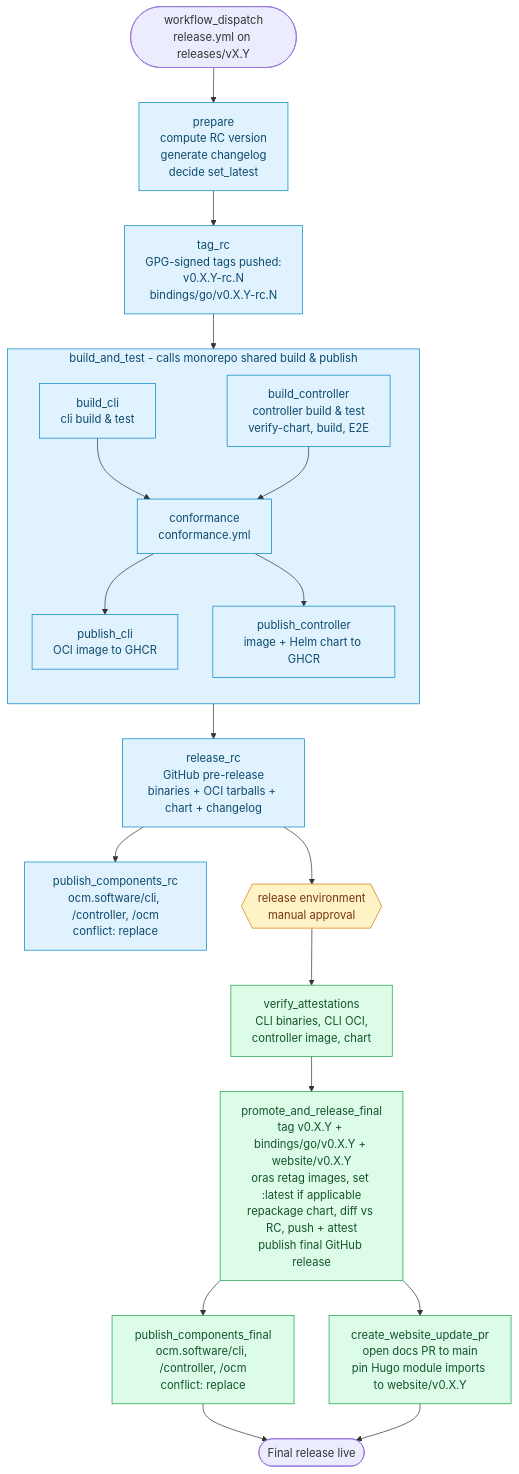
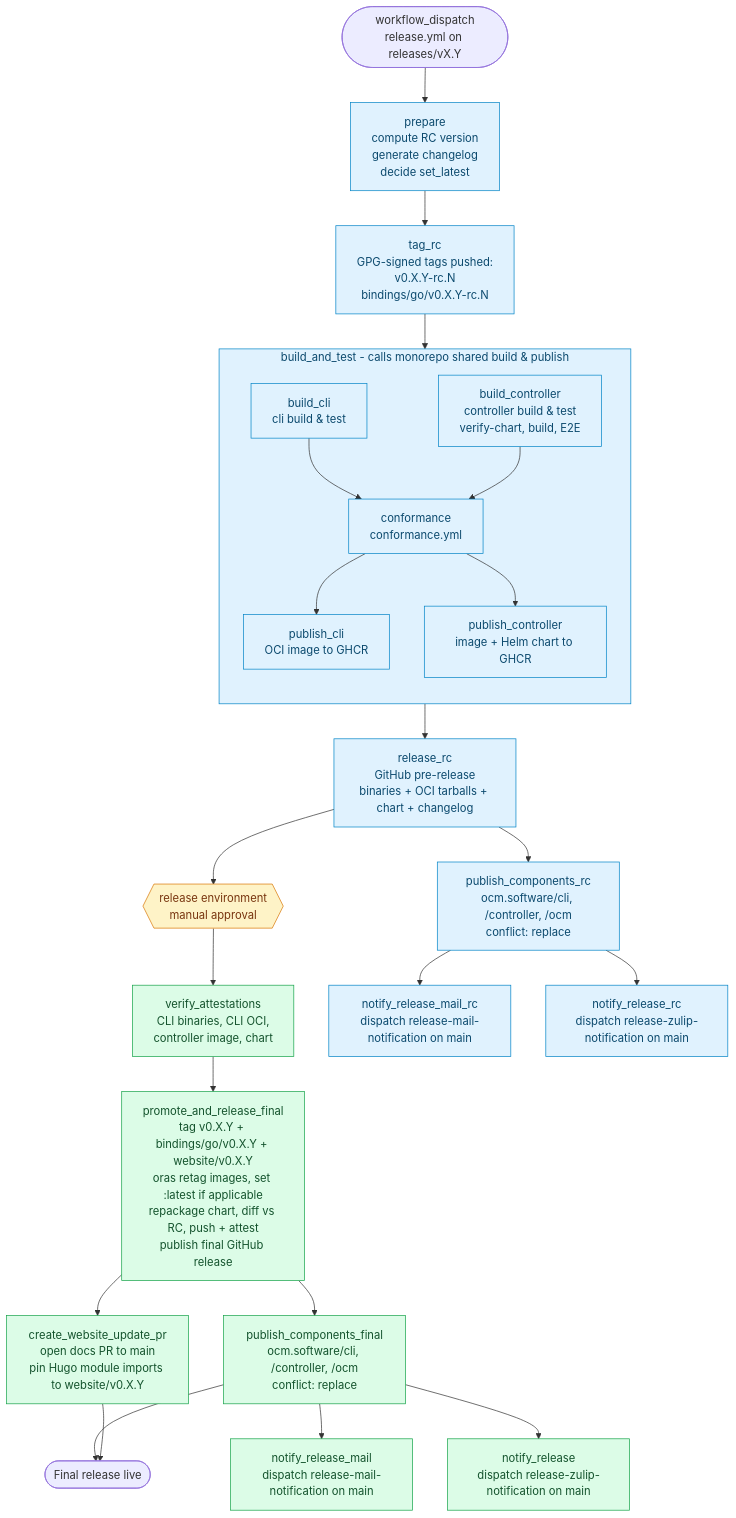
One commit to open-component-model/open-component-model changed the second of 2 diagrams in RELEASE_PROCESS.md. Above: the diagram before and after it, drawn with Mermaid. The commit also changed other lines of this file and 12 other files, not shown here.

````diff
--- a/RELEASE_PROCESS.md
+++ b/RELEASE_PROCESS.md
@@ -57,39 +57,43 @@
 ```mermaid
 flowchart TD
     Start([workflow_dispatch<br/>release.yml on releases/vX.Y])
     Start --> Prepare[prepare<br/>compute RC version<br/>generate changelog<br/>decide set_latest]
     Prepare --> TagRC[tag_rc<br/>GPG-signed tags pushed:<br/>v0.X.Y-rc.N<br/>bindings/go/v0.X.Y-rc.N]
     TagRC --> Pipeline
 
     subgraph Pipeline["build_and_test - calls monorepo shared build & publish"]
         direction TB
         BuildCLI["build_cli<br/>cli build & test"]
         BuildCtl["build_controller<br/>controller build & test<br/>verify-chart, build, E2E"]
         Conf[conformance<br/>conformance.yml]
         PubCLI[publish_cli<br/>OCI image to GHCR]
         PubCtl[publish_controller<br/>image + Helm chart to GHCR]
 
         BuildCLI --> Conf
         BuildCtl --> Conf
         Conf --> PubCLI
         Conf --> PubCtl
     end
 
     Pipeline --> ReleaseRC[release_rc<br/>GitHub pre-release<br/>binaries + OCI tarballs + chart + changelog]
     ReleaseRC --> PubCompRC[publish_components_rc<br/>ocm.software/cli, /controller, /ocm<br/>conflict: replace]
     ReleaseRC --> Gate{{release environment<br/>manual approval}}
     Gate --> Verify[verify_attestations<br/>CLI binaries, CLI OCI,<br/>controller image, chart]
     Verify --> Promote[promote_and_release_final<br/>tag v0.X.Y + bindings/go/v0.X.Y + website/v0.X.Y<br/>oras retag images, set :latest if applicable<br/>repackage chart, diff vs RC, push + attest<br/>publish final GitHub release]
     Promote --> PubCompFinal[publish_components_final<br/>ocm.software/cli, /controller, /ocm<br/>conflict: replace]
     Promote --> WebsiteDocs[create_website_update_pr<br/>open docs PR to main<br/>pin Hugo module imports to website/v0.X.Y]
     PubCompFinal --> End([Final release live])
     WebsiteDocs --> End
+    PubCompRC --> NotifyMailRC[notify_release_mail_rc<br/>dispatch release-mail-notification on main]
+    PubCompRC --> NotifyZulipRC[notify_release_rc<br/>dispatch release-zulip-notification on main]
+    PubCompFinal --> NotifyMailF[notify_release_mail<br/>dispatch release-mail-notification on main]
+    PubCompFinal --> NotifyZulipF[notify_release<br/>dispatch release-zulip-notification on main]
 
     classDef rc fill:#e0f2fe,stroke:#0284c7,color:#0c4a6e
     classDef final fill:#dcfce7,stroke:#16a34a,color:#14532d
     classDef gate fill:#fef3c7,stroke:#d97706,color:#78350f
 
-    class Prepare,TagRC,Pipeline,ReleaseRC,PubCompRC,BuildCLI,BuildCtl,Conf,PubCLI,PubCtl rc
-    class Verify,Promote,PubCompFinal,WebsiteDocs final
+    class Prepare,TagRC,Pipeline,ReleaseRC,PubCompRC,BuildCLI,BuildCtl,Conf,PubCLI,PubCtl,NotifyMailRC,NotifyZulipRC rc
+    class Verify,Promote,PubCompFinal,WebsiteDocs,NotifyMailF,NotifyZulipF final
     class Gate gate
 ```
````
